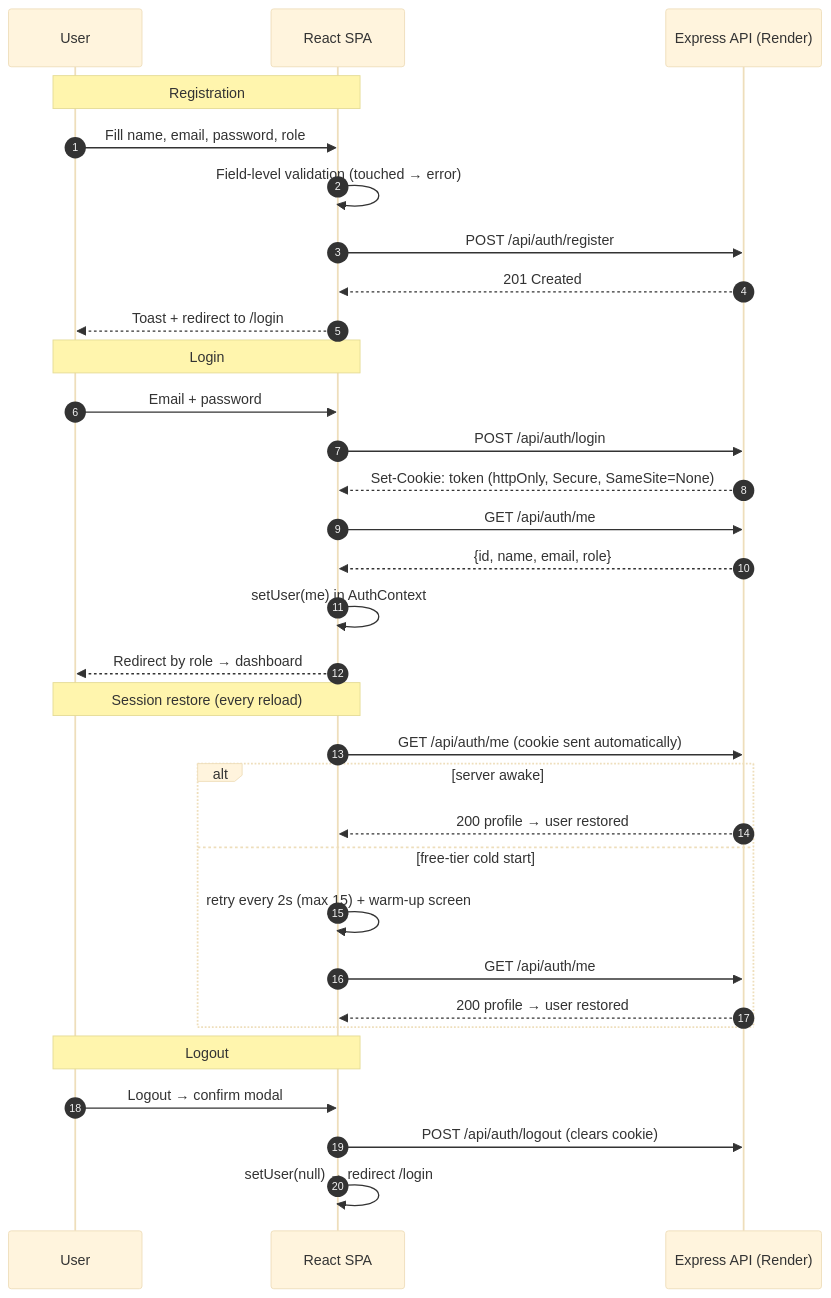
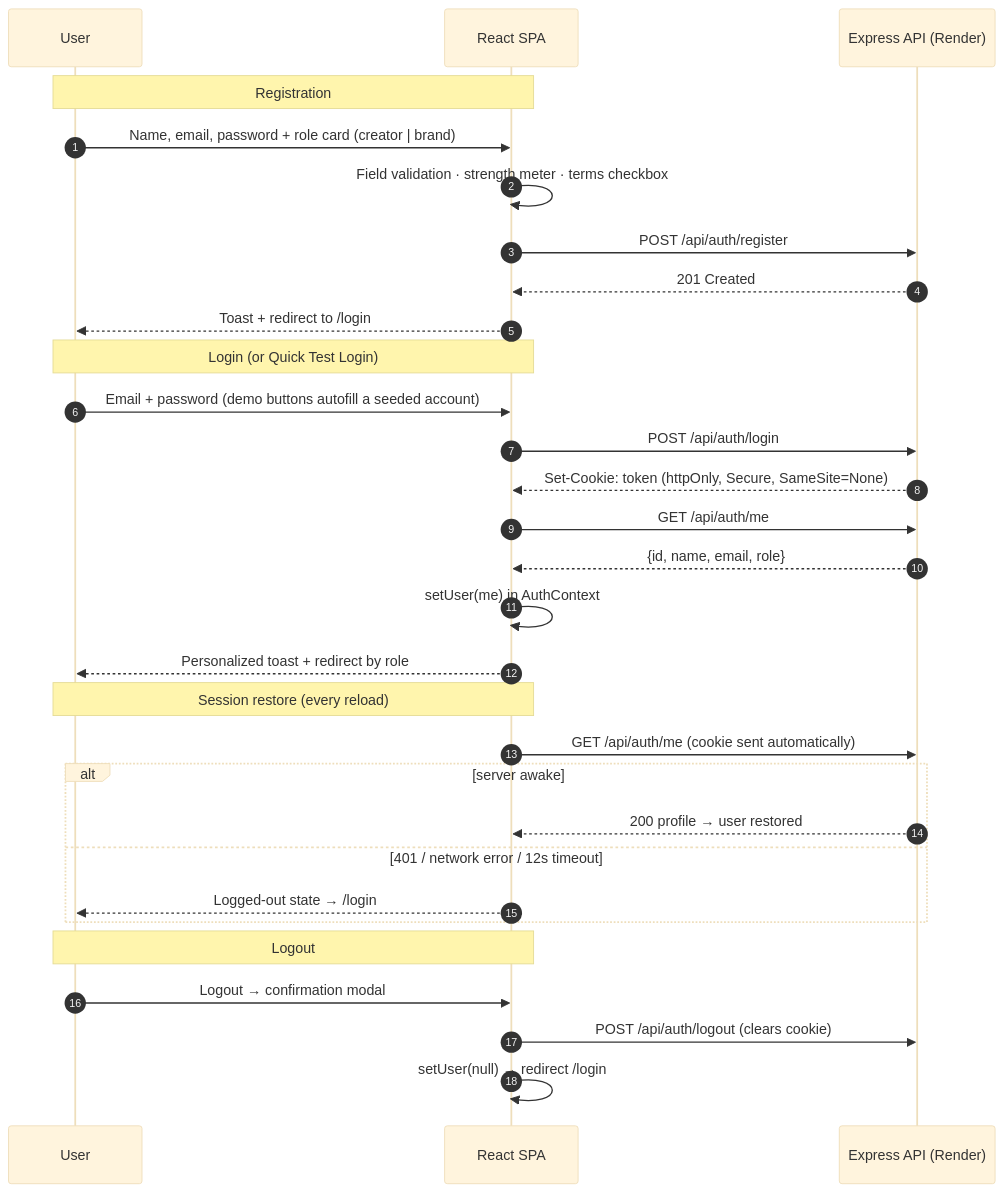
The fifth of 11 diagrams in README.md (RohitChintalapudi/BrandForge_Frontend), drawn with Mermaid (base theme) before and after one commit. The commit also changed other lines of this file, not shown here.

First line of the commit message:
docs(readme): document redesigned auth screens, navbar, and validation rules

````diff
--- a/README.md
+++ b/README.md
@@ -284,38 +295,36 @@
 ```mermaid
 sequenceDiagram
     autonumber
     participant U as User
     participant SPA as React SPA
     participant API as Express API (Render)
 
     Note over U,SPA: Registration
-    U->>SPA: Fill name, email, password, role
-    SPA->>SPA: Field-level validation (touched → error)
+    U->>SPA: Name, email, password + role card (creator | brand)
+    SPA->>SPA: Field validation · strength meter · terms checkbox
     SPA->>API: POST /api/auth/register
     API-->>SPA: 201 Created
     SPA-->>U: Toast + redirect to /login
 
-    Note over U,SPA: Login
-    U->>SPA: Email + password
+    Note over U,SPA: Login (or Quick Test Login)
+    U->>SPA: Email + password (demo buttons autofill a seeded account)
     SPA->>API: POST /api/auth/login
     API-->>SPA: Set-Cookie: token (httpOnly, Secure, SameSite=None)
     SPA->>API: GET /api/auth/me
     API-->>SPA: {id, name, email, role}
     SPA->>SPA: setUser(me) in AuthContext
-    SPA-->>U: Redirect by role → dashboard
+    SPA-->>U: Personalized toast + redirect by role
 
     Note over U,SPA: Session restore (every reload)
     SPA->>API: GET /api/auth/me (cookie sent automatically)
     alt server awake
         API-->>SPA: 200 profile → user restored
-    else free-tier cold start
-        SPA->>SPA: retry every 2s (max 15) + warm-up screen
-        SPA->>API: GET /api/auth/me
-        API-->>SPA: 200 profile → user restored
+    else 401 / network error / 12s timeout
+        SPA-->>U: Logged-out state → /login
     end
 
     Note over U,SPA: Logout
-    U->>SPA: Logout → confirm modal
+    U->>SPA: Logout → confirmation modal
     SPA->>API: POST /api/auth/logout (clears cookie)
     SPA->>SPA: setUser(null) → redirect /login
 ```
````
